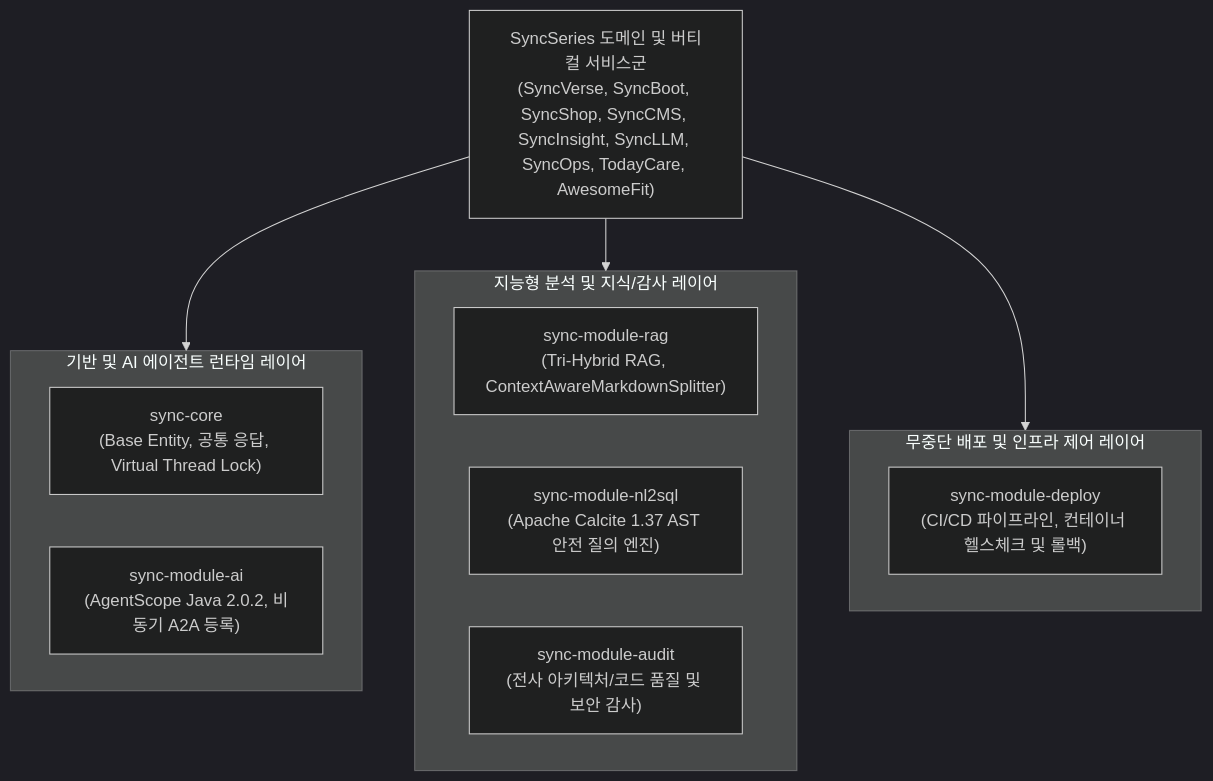
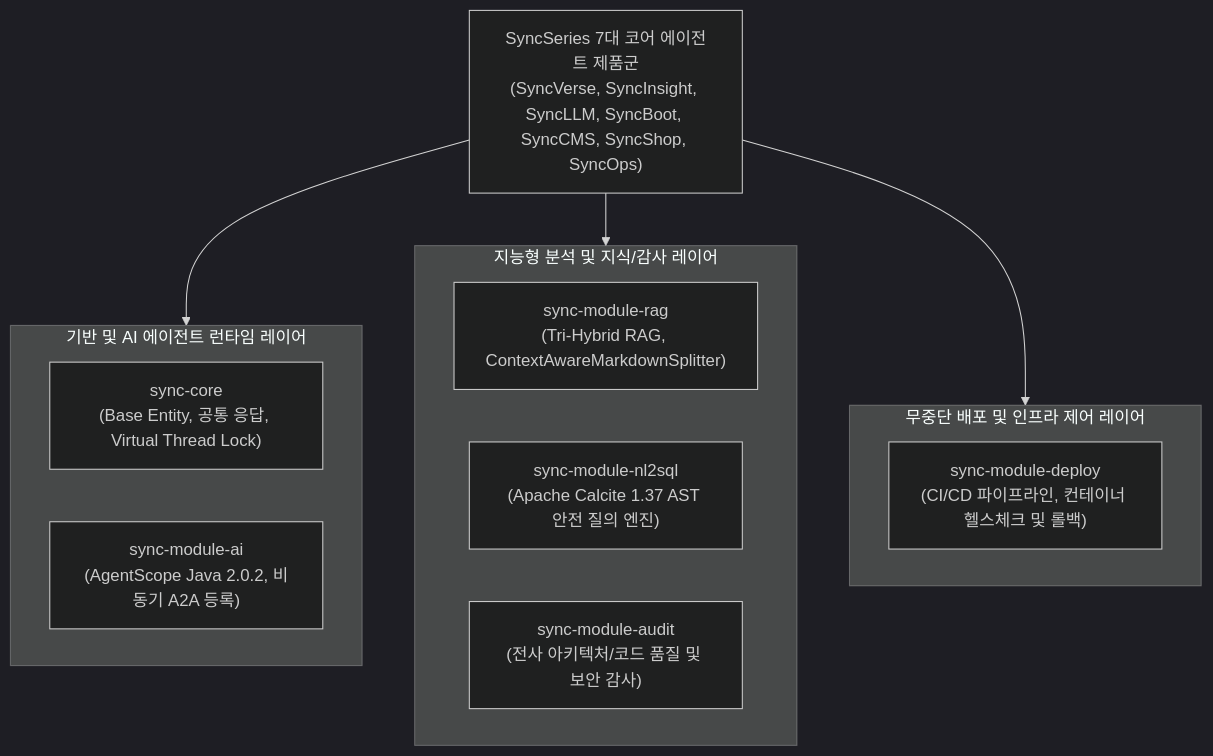
The first of 2 diagrams in ko/ecosystem/shared-modules-and-sdk.md (DramaticCollaboration/doc.github.io), drawn with Mermaid (dark theme) before and after one commit. The commit also changed 62 other files, not shown here.

````diff
--- a/ko/ecosystem/shared-modules-and-sdk.md
+++ b/ko/ecosystem/shared-modules-and-sdk.md
@@ -20,23 +20,23 @@
 ```mermaid
 graph TD
-    App["SyncSeries 도메인 및 버티컬 서비스군\n(SyncVerse, SyncBoot, SyncShop, SyncCMS, SyncInsight, SyncLLM, SyncOps, TodayCare, AwesomeFit)"]
+    App["SyncSeries 7대 코어 에이전트 제품군\n(SyncVerse, SyncInsight, SyncLLM, SyncBoot, SyncCMS, SyncShop, SyncOps)"]
     
     subgraph CoreFoundation ["기반 및 AI 에이전트 런타임 레이어"]
         Core["sync-core\n(Base Entity, 공통 응답, Virtual Thread Lock)"]
         Ai["sync-module-ai\n(AgentScope Java 2.0.2, 비동기 A2A 등록)"]
     end
 
     subgraph IntelligenceLayer ["지능형 분석 및 지식/감사 레이어"]
         Rag["sync-module-rag\n(Tri-Hybrid RAG, ContextAwareMarkdownSplitter)"]
         Nl2Sql["sync-module-nl2sql\n(Apache Calcite 1.37 AST 안전 질의 엔진)"]
         Audit["sync-module-audit\n(전사 아키텍처/코드 품질 및 보안 감사)"]
     end
 
     subgraph DeliveryLayer ["무중단 배포 및 인프라 제어 레이어"]
         Deploy["sync-module-deploy\n(CI/CD 파이프라인, 컨테이너 헬스체크 및 롤백)"]
     end
 
     App --> CoreFoundation
     App --> IntelligenceLayer
     App --> DeliveryLayer
 ```
````
